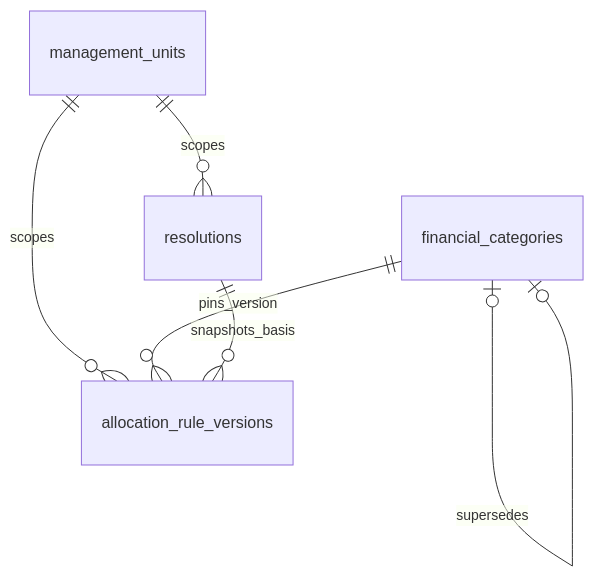
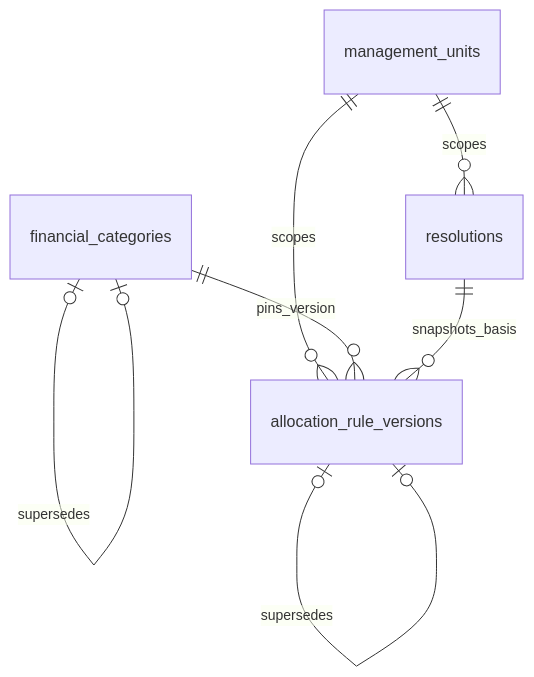
The first of 7 diagrams in docs/public/ARCHITECTURE.md (ilopolo/PropertyHub), drawn with Mermaid before and after one commit. The commit also changed other lines of this file and 15 other files, not shown here.

````diff
--- a/docs/public/ARCHITECTURE.md
+++ b/docs/public/ARCHITECTURE.md
@@ -13,8 +13,10 @@
 ```mermaid
 erDiagram
     management_units ||--o{ resolutions : scopes
     management_units ||--o{ allocation_rule_versions : scopes
     financial_categories ||--o{ allocation_rule_versions : pins_version
     resolutions ||--o{ allocation_rule_versions : snapshots_basis
     financial_categories o|--o| financial_categories : supersedes
+    allocation_rule_versions o|--o{ allocation_rule_versions : source_draft
+    allocation_rule_versions o|--o| allocation_rule_versions : supersedes
 ```
````
